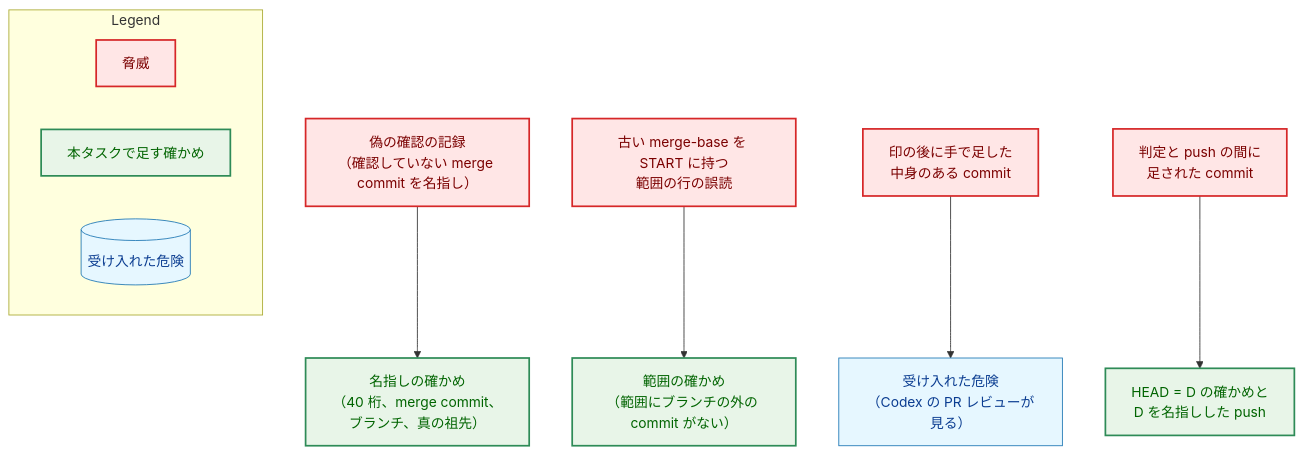
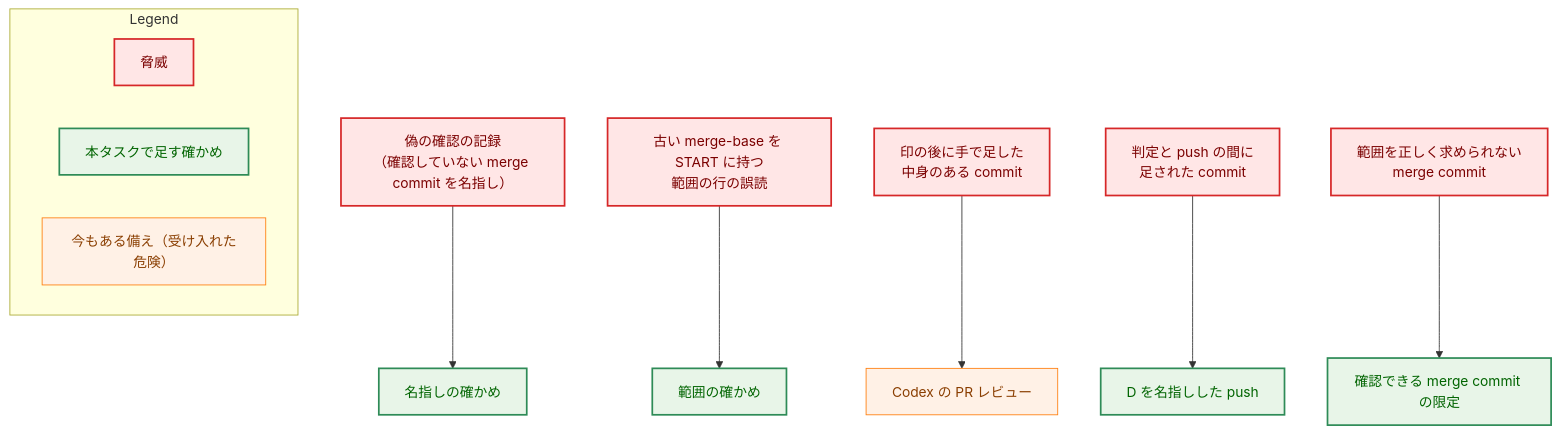
Before and after one commit to isseis/yt2column: the fourth of 5 diagrams in docs/tasks/0114_fable_record_after_merge/02_architecture.md, drawn with Mermaid. The commit also changed other lines of this file and 1 other file, not shown here.

````diff
--- a/docs/tasks/0114_fable_record_after_merge/02_architecture.md
+++ b/docs/tasks/0114_fable_record_after_merge/02_architecture.md
@@ -537,34 +558,37 @@
 ```mermaid
 flowchart TD
-    classDef data fill:#e6f7ff,stroke:#1f77b4,stroke-width:1px,color:#0b3d91;
+    classDef process fill:#fff1e6,stroke:#ff7f0e,stroke-width:1px,color:#8a3e00;
     classDef enhanced fill:#e8f5e8,stroke:#2e8b57,stroke-width:2px,color:#006400;
     classDef problem fill:#ffe6e6,stroke:#d62728,stroke-width:2px,color:#7b0000;
 
     T1["偽の確認の記録<br>（確認していない merge commit を名指し）"]
     T2["古い merge-base を START に持つ<br>範囲の行の誤読"]
     T3["印の後に手で足した<br>中身のある commit"]
     T4["判定と push の間に<br>足された commit"]
+    T5["範囲を正しく求められない<br>merge commit"]
 
-    C1["名指しの確かめ<br>（40 桁、merge commit、ブランチ、真の祖先）"]
-    C2["範囲の確かめ<br>（範囲にブランチの外の commit がない）"]
-    C3["受け入れた危険<br>（Codex の PR レビューが見る）"]
-    C4["HEAD = D の確かめと<br>D を名指しした push"]
+    C1["名指しの確かめ"]
+    C2["範囲の確かめ"]
+    C3["Codex の PR レビュー"]
+    C4["D を名指しした push"]
+    C5["確認できる merge commit の限定"]
 
     T1 --> C1
     T2 --> C2
     T3 --> C3
     T4 --> C4
+    T5 --> C5
 
-    class T1,T2,T3,T4 problem
-    class C1,C2,C4 enhanced
-    class C3 data
+    class T1,T2,T3,T4,T5 problem
+    class C1,C2,C4,C5 enhanced
+    class C3 process
 
     subgraph Legend["Legend"]
         L1["脅威"]
         L2["本タスクで足す確かめ"]
-        L3[("受け入れた危険")]
+        L3["今もある備え（受け入れた危険）"]
     end
     class L1 problem
     class L2 enhanced
-    class L3 data
+    class L3 process
 ```
````
